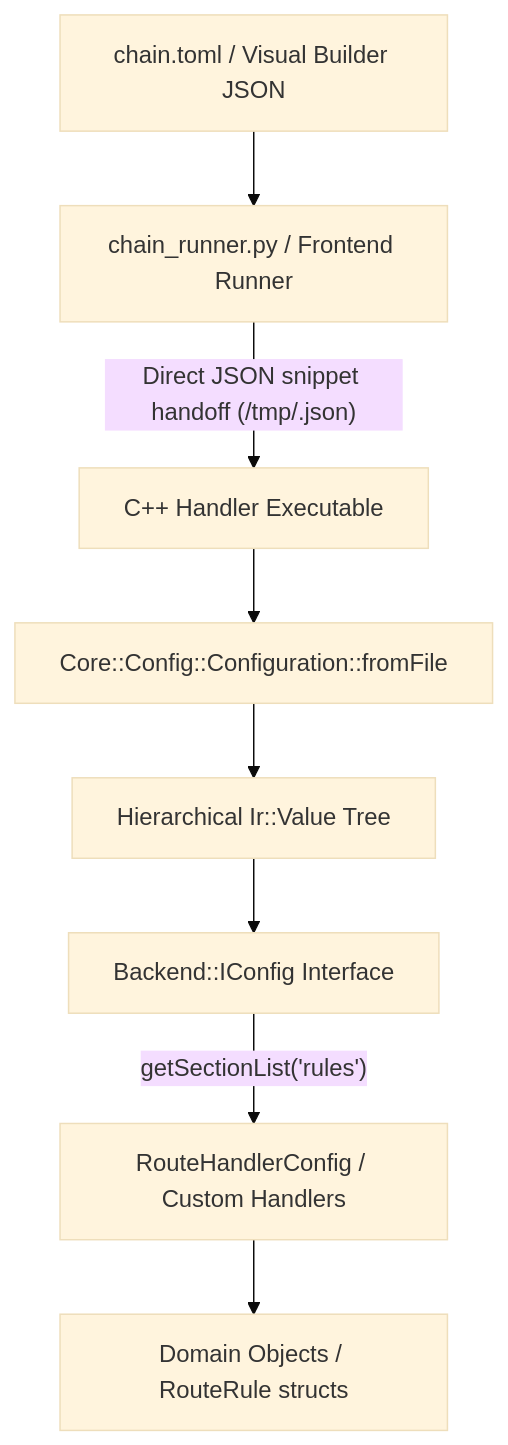
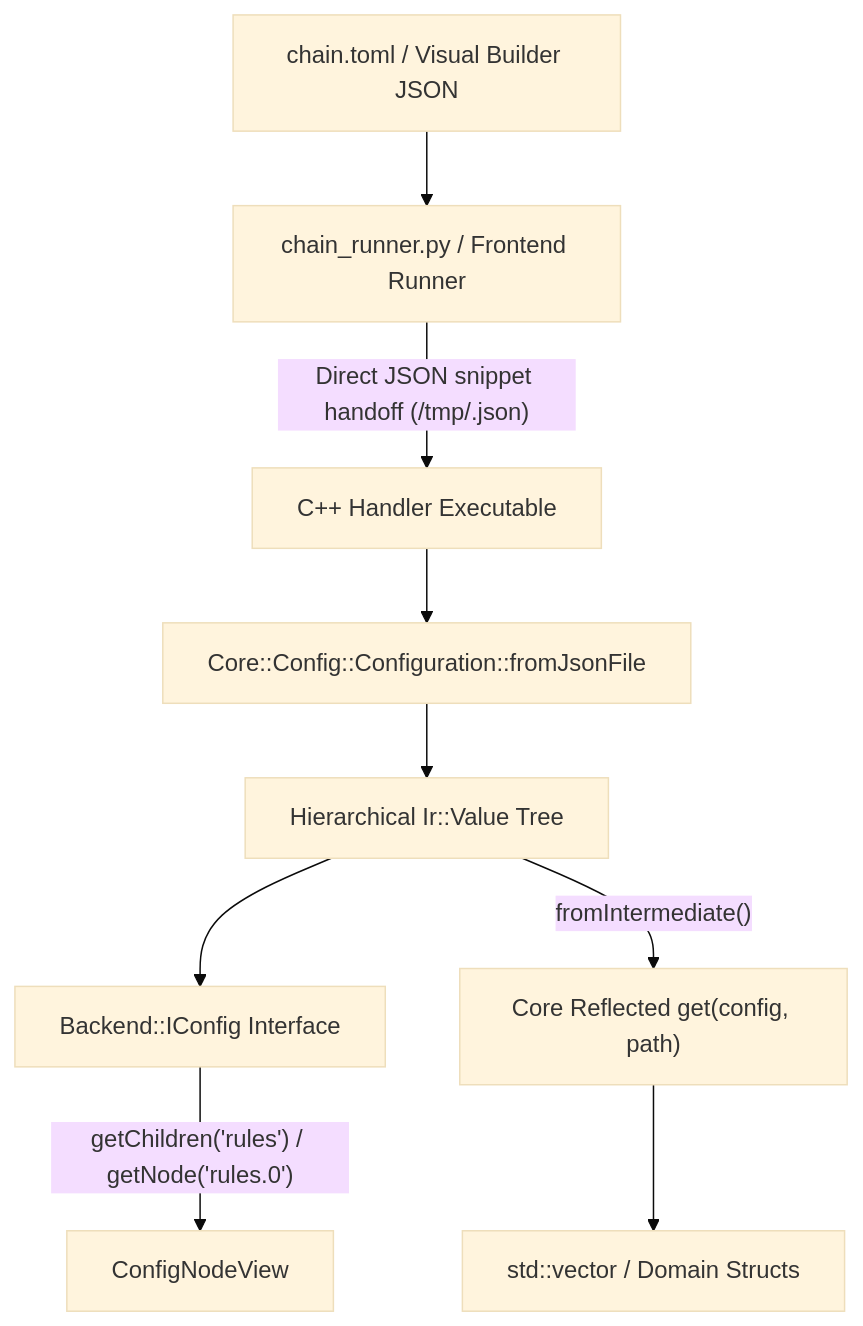
Before and after one commit to notzain/proxy-pipeline: the diagram in PLAN_OPTION_1_HIERARCHICAL_CONFIG.md, drawn with Mermaid (base theme). The commit also changed other lines of this file and 9 other files, not shown here.

First line of the commit message:
feat(config): implement hierarchical JSON configuration and dot-notation querying

````diff
--- a/PLAN_OPTION_1_HIERARCHICAL_CONFIG.md
+++ b/PLAN_OPTION_1_HIERARCHICAL_CONFIG.md
@@ -15,10 +15,11 @@
 ```mermaid
 flowchart TD
     Chain[chain.toml / Visual Builder JSON] --> Runner[chain_runner.py / Frontend Runner]
     Runner -- "Direct JSON snippet handoff (/tmp/<handler>.json)" --> CppHandler[C++ Handler Executable]
-    CppHandler --> Cfg[Core::Config::Configuration::fromFile]
+    CppHandler --> Cfg[Core::Config::Configuration::fromJsonFile]
     Cfg --> IrTree[Hierarchical Ir::Value Tree]
     IrTree --> IConfig[Backend::IConfig Interface]
-    IConfig -- "getSectionList('rules')" --> RouteCfg[RouteHandlerConfig / Custom Handlers]
-    RouteCfg --> Rules[Domain Objects / RouteRule structs]
+    IConfig -- "getChildren('rules') / getNode('rules.0')" --> NodeViews[ConfigNodeView]
+    IrTree -- "fromIntermediate<T>()" --> Reflection["Core Reflected get<T>(config, path)"]
+    Reflection --> Rules["std::vector<RouteRule> / Domain Structs"]
 ```
````
